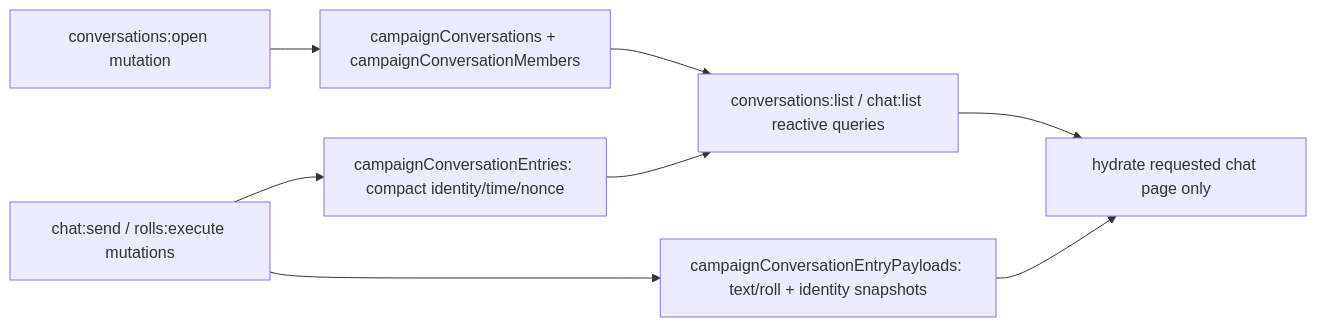
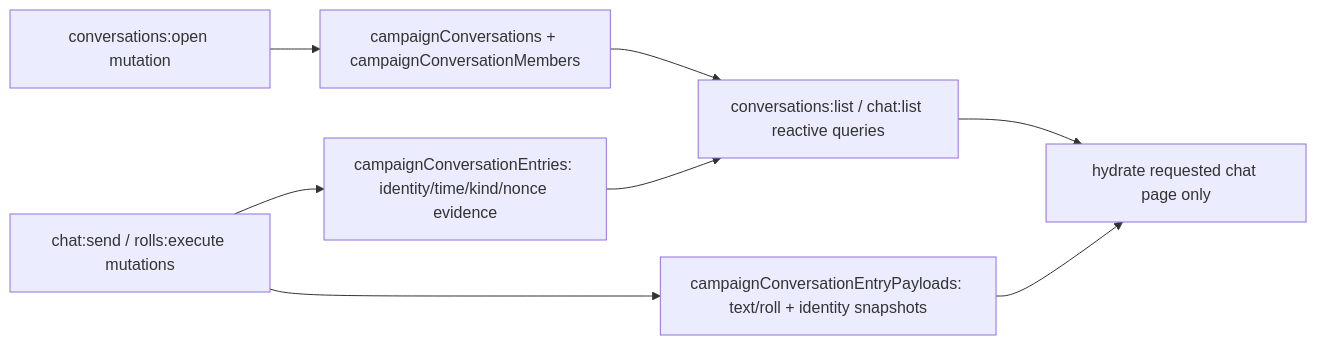
Diagram 17 of 49 in docs/architecture/persistence.md (MPiland/artificer-toolkit), drawn with Mermaid before and after one commit. The commit also changed other lines of this file and 699 other files, not shown here.

````diff
--- a/docs/architecture/persistence.md
+++ b/docs/architecture/persistence.md
@@ -1623,10 +1792,10 @@
 ```mermaid
 flowchart LR
     open["conversations:open mutation"] --> rooms["campaignConversations + campaignConversationMembers"]
-    send["chat:send / rolls:execute mutations"] --> headers["campaignConversationEntries: compact identity/time/nonce"]
+    send["chat:send / rolls:execute mutations"] --> headers["campaignConversationEntries: identity/time/kind/nonce evidence"]
     send --> payloads["campaignConversationEntryPayloads: text/roll + identity snapshots"]
     rooms --> reads["conversations:list / chat:list reactive queries"]
     headers --> reads
     payloads --> page["hydrate requested chat page only"]
     reads --> page
 ```
````
